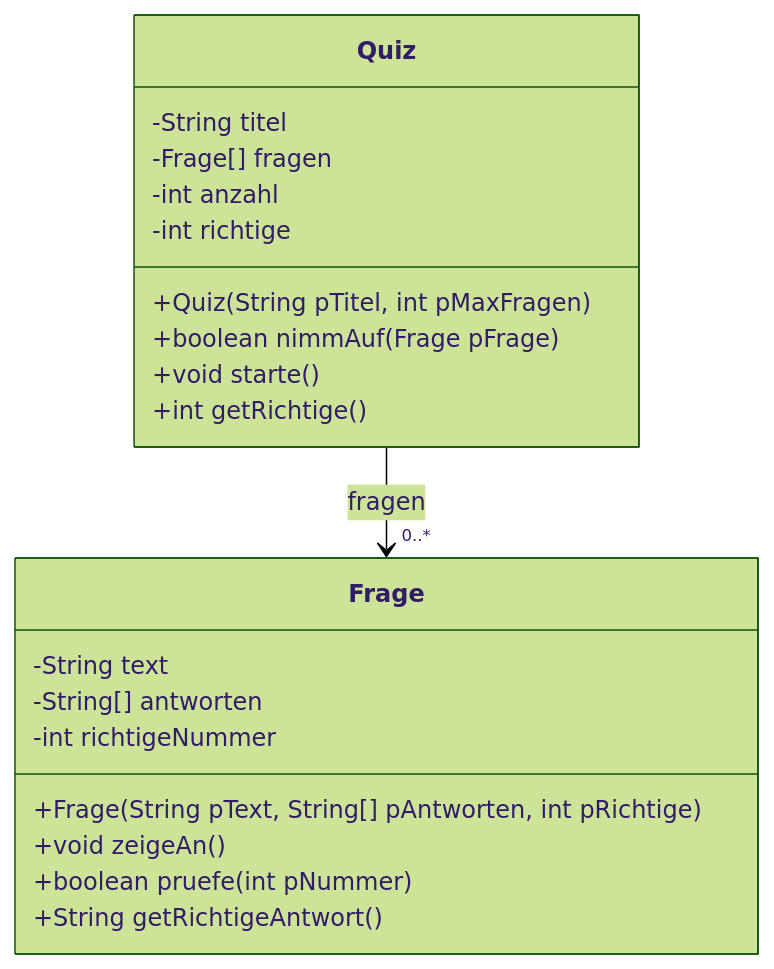
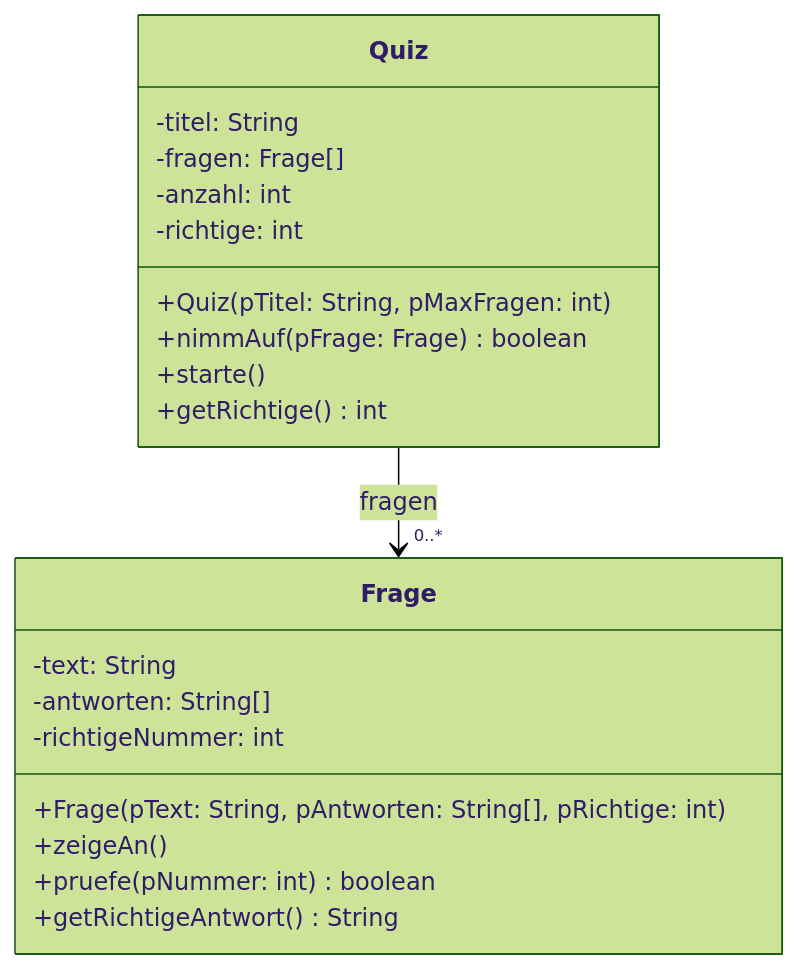
The diagram in book/oberstufe/oop/01-grundlagen/08-projekte/02-quiz.md (openpatch/hyperbook-informatik), drawn with Mermaid (forest theme) before and after one commit. The commit also changed 19 other files, not shown here.

Commit message:
richtige implementationsdiagramme

````diff
--- a/book/oberstufe/oop/01-grundlagen/08-projekte/02-quiz.md
+++ b/book/oberstufe/oop/01-grundlagen/08-projekte/02-quiz.md
@@ -43,23 +43,23 @@
 ```mermaid
 classDiagram
     class Quiz {
-        -String titel
-        -Frage[] fragen
-        -int anzahl
-        -int richtige
-        +Quiz(String pTitel, int pMaxFragen)
-        +boolean nimmAuf(Frage pFrage)
-        +void starte()
-        +int getRichtige()
+        -titel: String
+        -fragen: Frage[]
+        -anzahl: int
+        -richtige: int
+        +Quiz(pTitel: String, pMaxFragen: int)
+        +nimmAuf(pFrage: Frage) boolean
+        +starte()
+        +getRichtige() int
     }
     class Frage {
-        -String text
-        -String[] antworten
-        -int richtigeNummer
-        +Frage(String pText, String[] pAntworten, int pRichtige)
-        +void zeigeAn()
-        +boolean pruefe(int pNummer)
-        +String getRichtigeAntwort()
+        -text: String
+        -antworten: String[]
+        -richtigeNummer: int
+        +Frage(pText: String, pAntworten: String[], pRichtige: int)
+        +zeigeAn()
+        +pruefe(pNummer: int) boolean
+        +getRichtigeAntwort() String
     }
     Quiz --> "0..*" Frage : fragen
 ```
````
